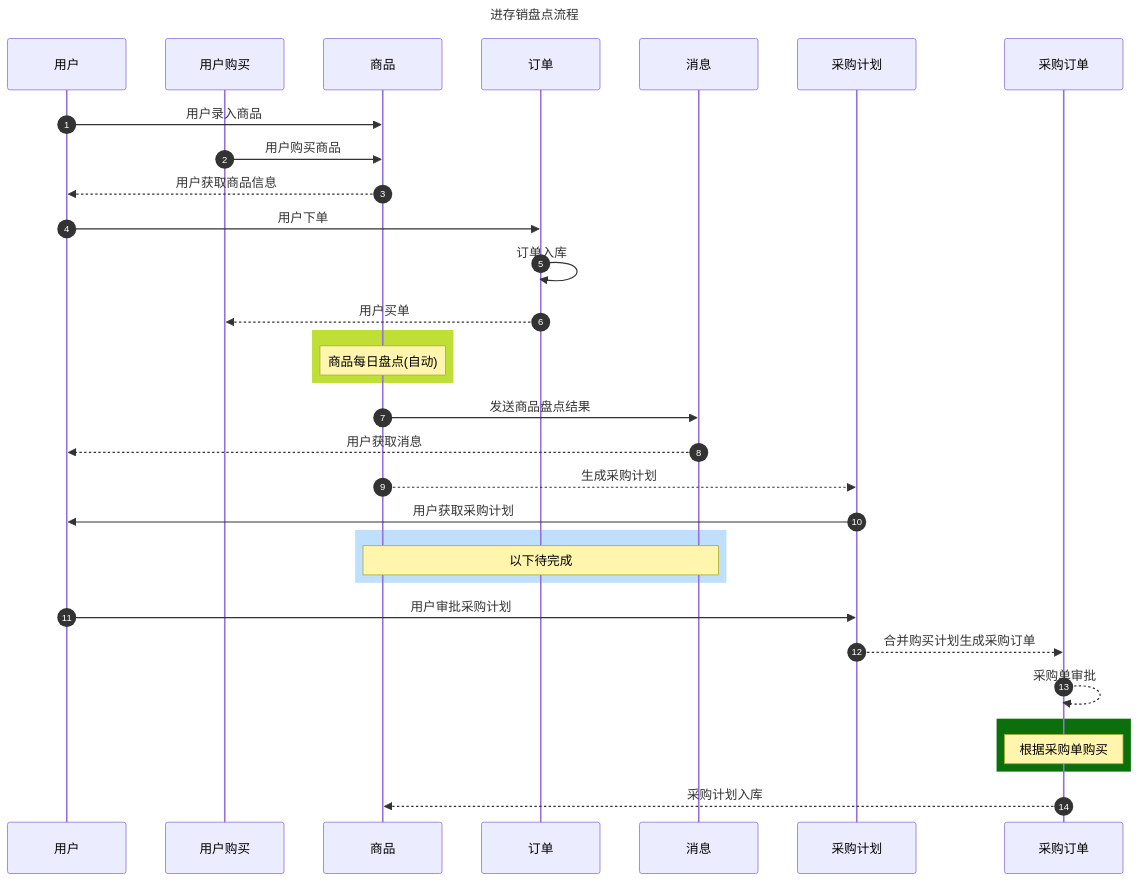
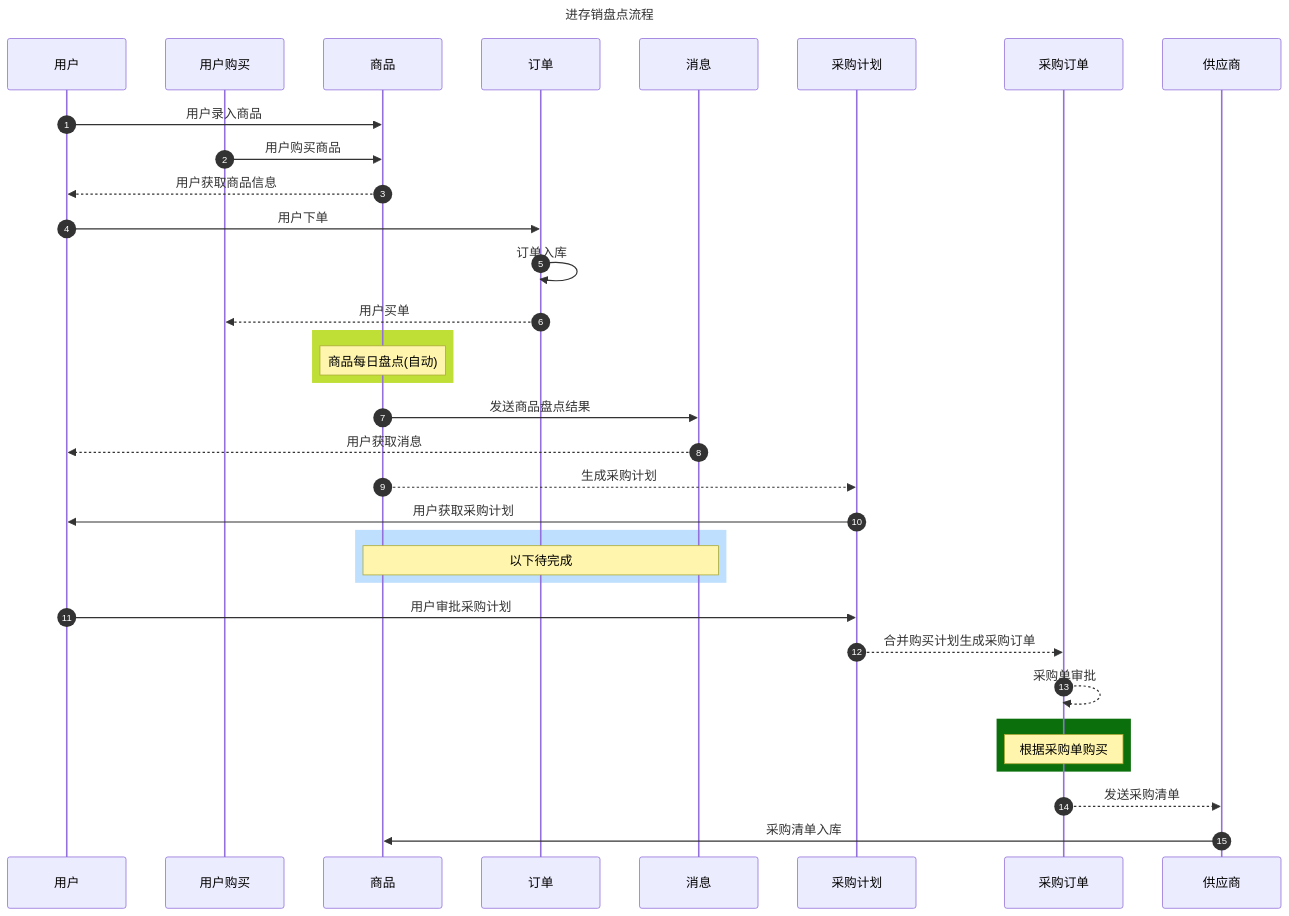
Before and after one commit to fca197/aps-inventory-sales: the second of 4 diagrams in README.md, drawn with Mermaid.

Commit message:
20240328 - 供应商维护

````diff
--- a/README.md
+++ b/README.md
@@ -34,39 +34,41 @@
 ```mermaid
 
 sequenceDiagram
 autonumber
 title: 进存销盘点流程
 participant U as 用户
 participant BU as 用户购买
 participant G as 商品
 participant O as  订单
 participant M as  消息
 participant BB as  采购计划
 participant BO as  采购订单
+participant S as   供应商
 
 
 U->>G: 用户录入商品
 BU->>G: 用户购买商品
 G-->>U: 用户获取商品信息
 U->>O: 用户下单
 O->>O: 订单入库
 O-->>BU: 用户买单
 rect rgb(191, 223, 55)
 Note over G: 商品每日盘点(自动)
 end
 G->>M: 发送商品盘点结果
 M-->>U: 用户获取消息
 G-->>BB: 生成采购计划
 BB->>U: 用户获取采购计划
 rect rgb(191, 223, 255)
 Note over G,M:  以下待完成
 end 
 U->>BB: 用户审批采购计划
 BB-->>BO: 合并购买计划生成采购订单
 BO-->>BO: 采购单审批
 rect rgb(11, 112, 12)
     note over BO: 根据采购单购买 
 end
-BO-->>G: 采购计划入库
+BO-->>S : 发送采购清单
+S->>G: 采购清单入库 
 
 ```
````
